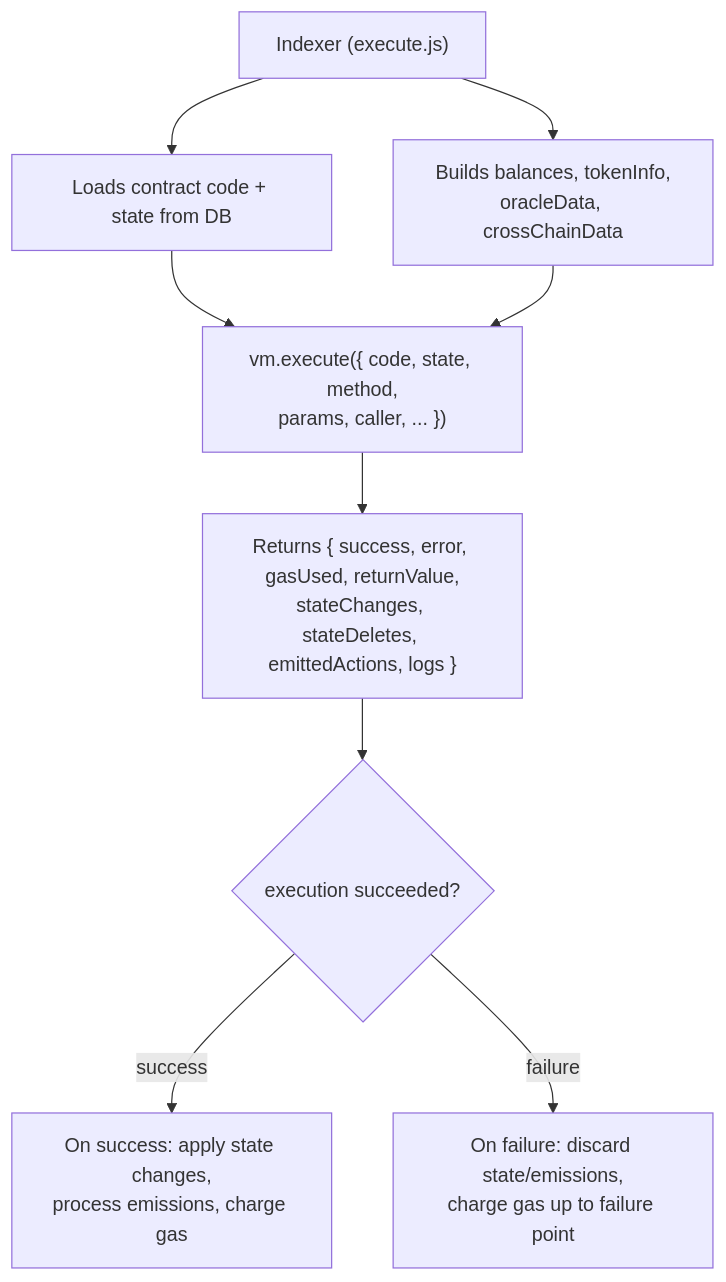
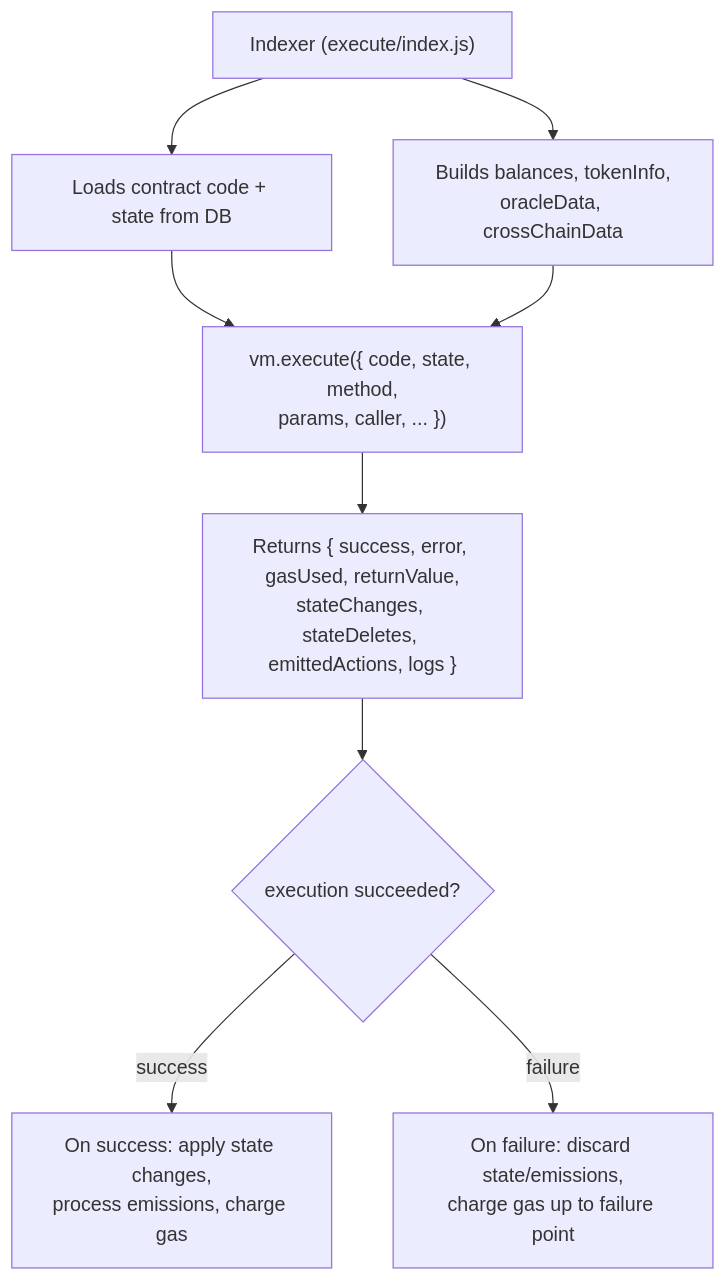
The second of 3 diagrams in components/vm/operations.md (XChain-Platform/xchain-documentation), drawn with Mermaid before and after one commit. The commit also changed other lines of this file and 15 other files, not shown here.

````diff
--- a/components/vm/operations.md
+++ b/components/vm/operations.md
@@ -72,20 +72,20 @@
 ```mermaid
 flowchart TD
-    INDEXER["Indexer (execute.js)"]
+    INDEXER["Indexer (execute/index.js)"]
     LOAD["Loads contract code + state from DB"]
     BUILD["Builds balances, tokenInfo,<br>oracleData, crossChainData"]
     EXEC["vm.execute({ code, state, method,<br>params, caller, ... })"]
     RETURNS["Returns { success, error, gasUsed, returnValue,<br>stateChanges, stateDeletes, emittedActions, logs }"]
     DECIDE{"execution succeeded?"}
     SUCCESS["On success: apply state changes,<br>process emissions, charge gas"]
     FAILURE["On failure: discard state/emissions,<br>charge gas up to failure point"]
 
     INDEXER --> LOAD
     INDEXER --> BUILD
     LOAD --> EXEC
     BUILD --> EXEC
     EXEC --> RETURNS
     RETURNS --> DECIDE
     DECIDE -->|success| SUCCESS
     DECIDE -->|failure| FAILURE
 ```
````
